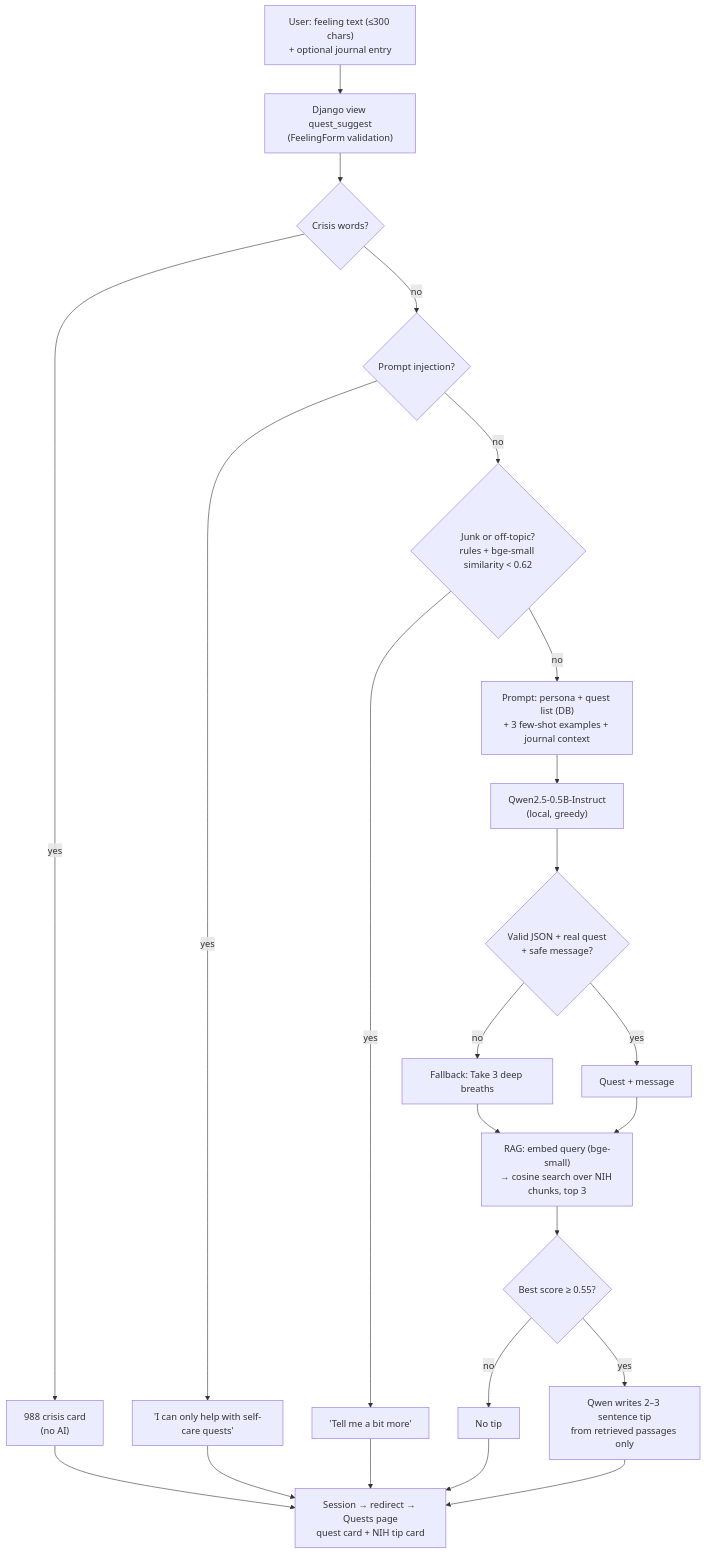
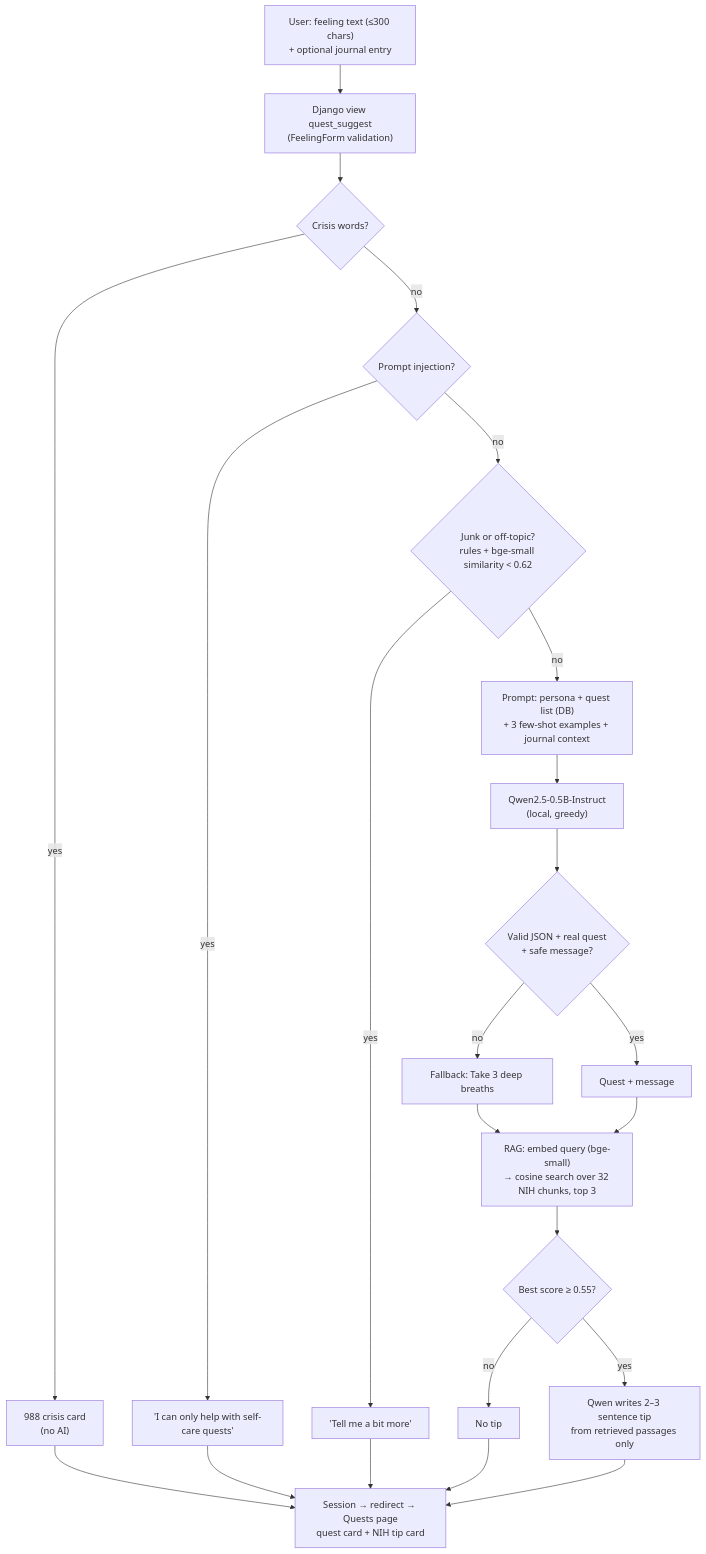
One commit to ilona-tung/9_SafeSpace changed the diagram in llm-test/A9-P2 writeup.md. Above: the diagram before and after it, drawn with Mermaid. The commit also changed other lines of this file, not shown here.

````diff
--- a/llm-test/A9-P2 writeup.md
+++ b/llm-test/A9-P2 writeup.md
@@ -15,25 +99,25 @@
 ```mermaid
 flowchart TD
     U["User: feeling text (≤300 chars)<br/>+ optional journal entry"] --> V["Django view quest_suggest<br/>(FeelingForm validation)"]
     V --> C{"Crisis words?"}
     C -- yes --> CR["988 crisis card<br/>(no AI)"]
     C -- no --> I{"Prompt injection?"}
     I -- yes --> IN["'I can only help with self-care quests'"]
     I -- no --> J{"Junk or off-topic?<br/>rules + bge-small similarity < 0.62"}
     J -- yes --> OT["'Tell me a bit more'"]
     J -- no --> P["Prompt: persona + quest list (DB)<br/>+ 3 few-shot examples + journal context"]
     P --> Q["Qwen2.5-0.5B-Instruct<br/>(local, greedy)"]
     Q --> K{"Valid JSON + real quest<br/>+ safe message?"}
     K -- no --> FB["Fallback: Take 3 deep breaths"]
     K -- yes --> OK["Quest + message"]
     OK --> R
     FB --> R
-    R["RAG: embed query (bge-small)<br/>→ cosine search over NIH chunks, top 3"] --> T{"Best score ≥ 0.55?"}
+    R["RAG: embed query (bge-small)<br/>→ cosine search over 32 NIH chunks, top 3"] --> T{"Best score ≥ 0.55?"}
     T -- no --> NT["No tip"]
     T -- yes --> G["Qwen writes 2–3 sentence tip<br/>from retrieved passages only"]
     G --> S["Session → redirect → Quests page<br/>quest card + NIH tip card"]
     NT --> S
     CR --> S
     IN --> S
     OT --> S
 ```
````
